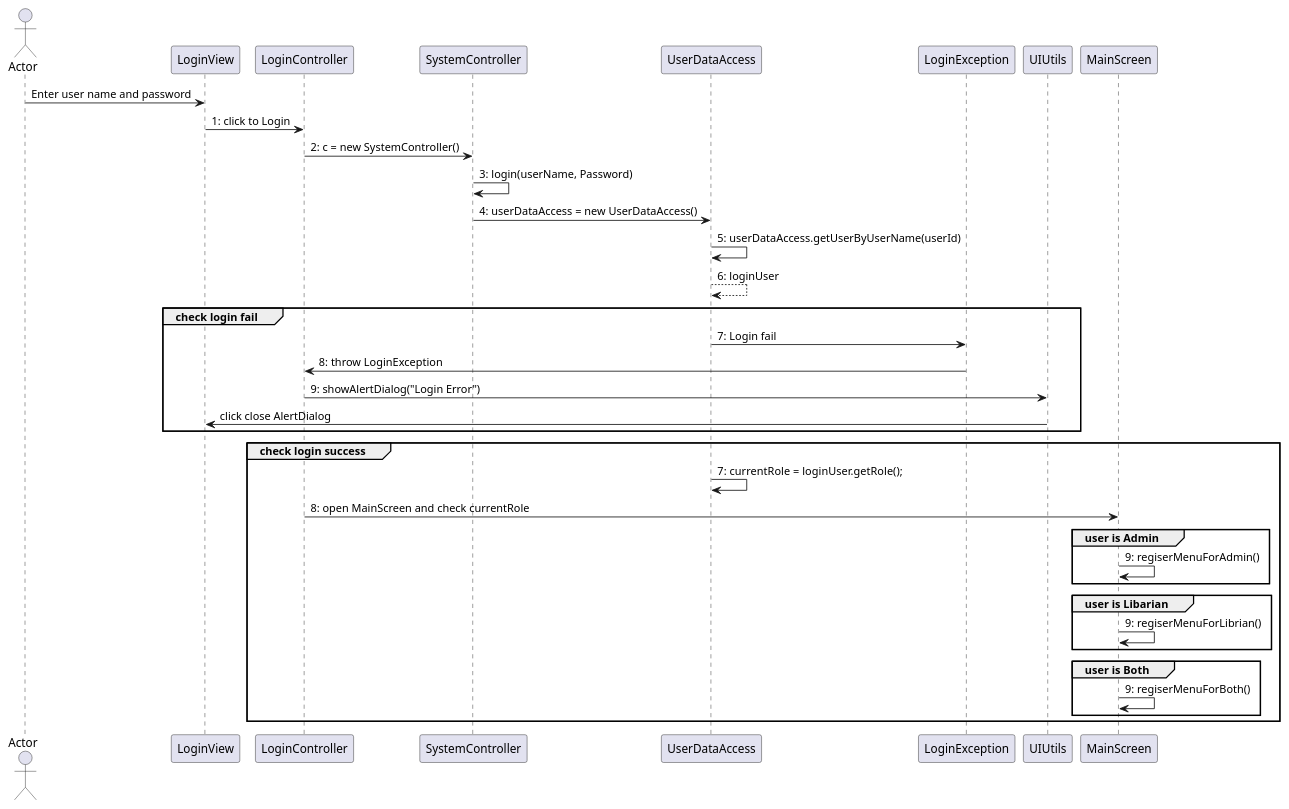
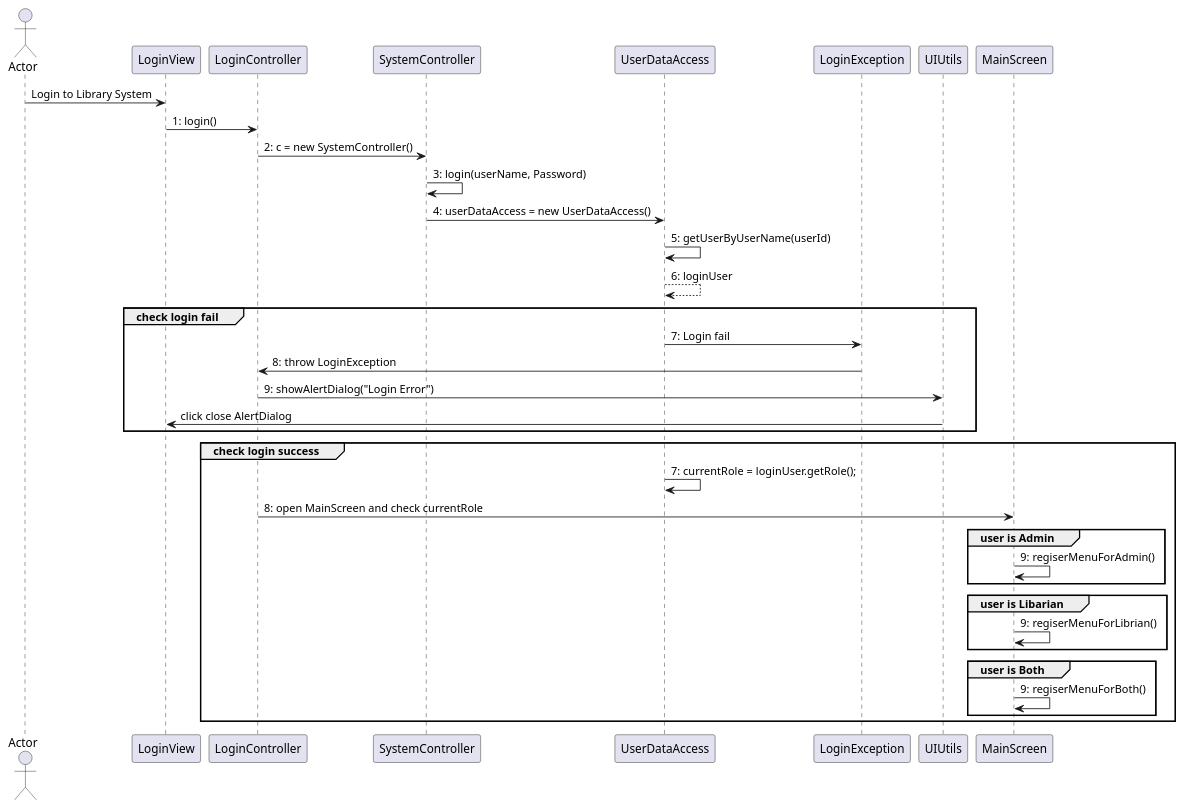
One commit to HTTPThanhLuan/Library_Group1 changed the diagram in src/uml/loginSequence.puml. Above: the diagram before and after it, drawn with PlantUML.

Commit message:
[LamTang] update UML

```diff
--- a/src/uml/loginSequence.puml
+++ b/src/uml/loginSequence.puml
@@ -1,29 +1,29 @@
 @startuml
 actor Actor
-Actor -> LoginView: Enter user name and password
-LoginView -> LoginController: 1: click to Login
+Actor -> LoginView: Login to Library System
+LoginView -> LoginController: 1: login()
 LoginController -> SystemController: 2: c = new SystemController()
 SystemController -> SystemController: 3: login(userName, Password)
 SystemController -> UserDataAccess: 4: userDataAccess = new UserDataAccess()
-UserDataAccess -> UserDataAccess: 5: userDataAccess.getUserByUserName(userId)
+UserDataAccess -> UserDataAccess: 5: getUserByUserName(userId)
 UserDataAccess --> UserDataAccess: 6: loginUser
 Group check login fail
 UserDataAccess -> LoginException: 7: Login fail
 LoginException -> LoginController: 8: throw LoginException
 LoginController -> UIUtils: 9: showAlertDialog("Login Error")
 UIUtils -> LoginView: click close AlertDialog
 End
 Group check login success
 UserDataAccess -> UserDataAccess: 7: currentRole = loginUser.getRole();
 LoginController -> MainScreen: 8: open MainScreen and check currentRole
 Group user is Admin
 MainScreen -> MainScreen: 9: regiserMenuForAdmin()
 End
 Group user is Libarian
 MainScreen -> MainScreen: 9: regiserMenuForLibrian()
 End
 Group user is Both
 MainScreen -> MainScreen: 9: regiserMenuForBoth()
 End
 End
 @enduml
```
